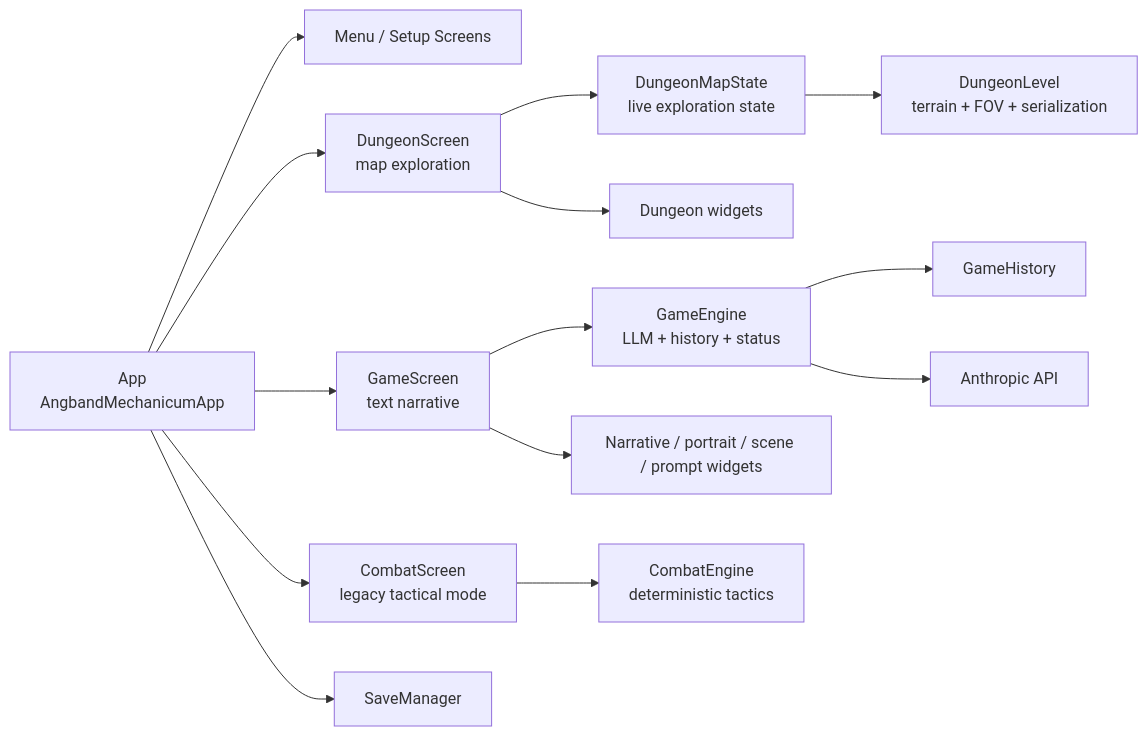
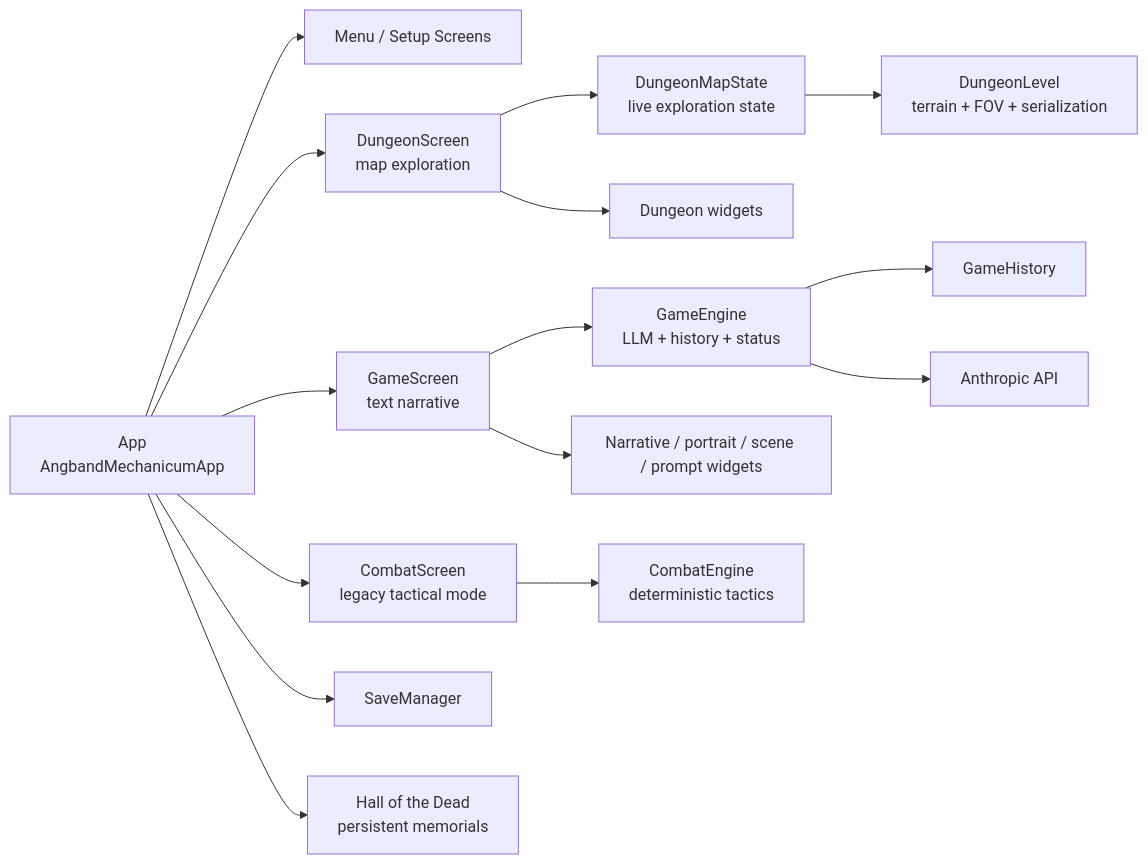
The first of 5 diagrams in docs/architecture.md (naclonts/angband-mechanicum), drawn with Mermaid before and after one commit. The commit also changed other lines of this file and 12 other files, not shown here.

Commit message:
am-djpw: add permadeath and hall of the dead

````diff
--- a/docs/architecture.md
+++ b/docs/architecture.md
@@ -48,18 +49,19 @@
 ```mermaid
 flowchart LR
     A["App<br/>AngbandMechanicumApp"] --> B["Menu / Setup Screens"]
     A --> C["DungeonScreen<br/>map exploration"]
     A --> D["GameScreen<br/>text narrative"]
     A --> E["CombatScreen<br/>legacy tactical mode"]
 
     D --> F["GameEngine<br/>LLM + history + status"]
     C --> G["DungeonMapState<br/>live exploration state"]
     G --> H["DungeonLevel<br/>terrain + FOV + serialization"]
     C --> I["Dungeon widgets"]
     D --> J["Narrative / portrait / scene / prompt widgets"]
     E --> K["CombatEngine<br/>deterministic tactics"]
 
     F --> L["GameHistory"]
     F --> M["Anthropic API"]
     A --> N["SaveManager"]
+    A --> O["Hall of the Dead<br/>persistent memorials"]
 ```
````
